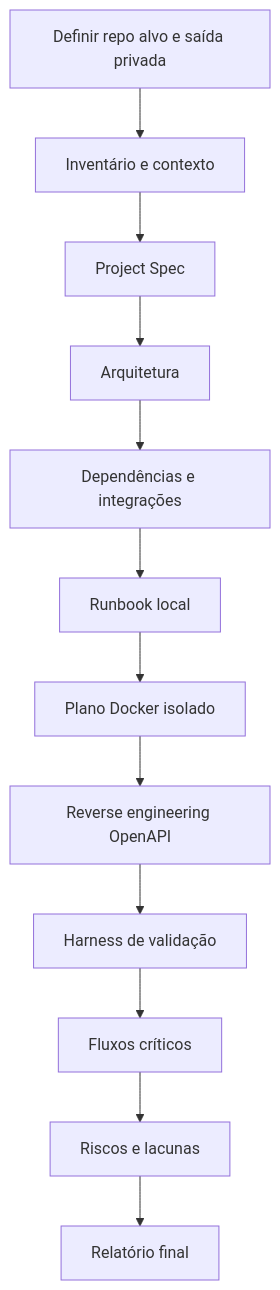
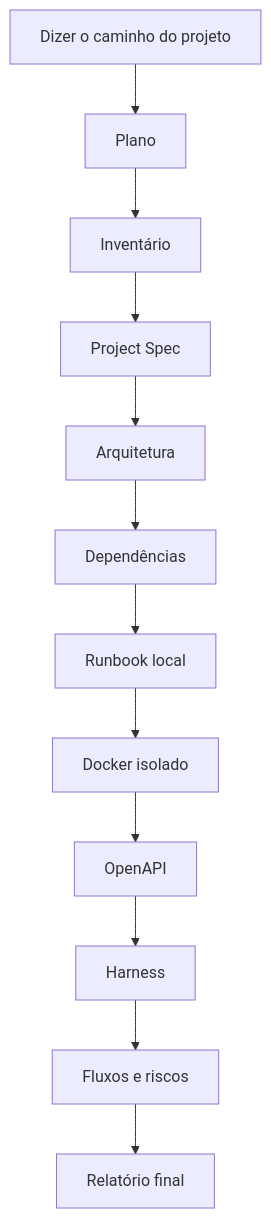
One commit to reluviari/shadow-project-ai changed the diagram in README.md. Above: the diagram before and after it, drawn with Mermaid. The commit also changed other lines of this file, not shown here.

First line of the commit message:
Explica como instalar a skill e analisar um projeto novo.

````diff
--- a/README.md
+++ b/README.md
@@ -37,14 +88,14 @@
 ```mermaid
 flowchart TD
-    A[Definir repo alvo e saída privada] --> B[Inventário e contexto]
-    B --> C[Project Spec]
-    C --> D[Arquitetura]
-    D --> E[Dependências e integrações]
-    E --> F[Runbook local]
-    F --> G[Plano Docker isolado]
-    G --> H[Reverse engineering OpenAPI]
-    H --> I[Harness de validação]
-    I --> J[Fluxos críticos]
-    J --> K[Riscos e lacunas]
+    A[Dizer o caminho do projeto] --> B[Plano]
+    B --> C[Inventário]
+    C --> D[Project Spec]
+    D --> E[Arquitetura]
+    E --> F[Dependências]
+    F --> G[Runbook local]
+    G --> H[Docker isolado]
+    H --> I[OpenAPI]
+    I --> J[Harness]
+    J --> K[Fluxos e riscos]
     K --> L[Relatório final]
 ```
````
